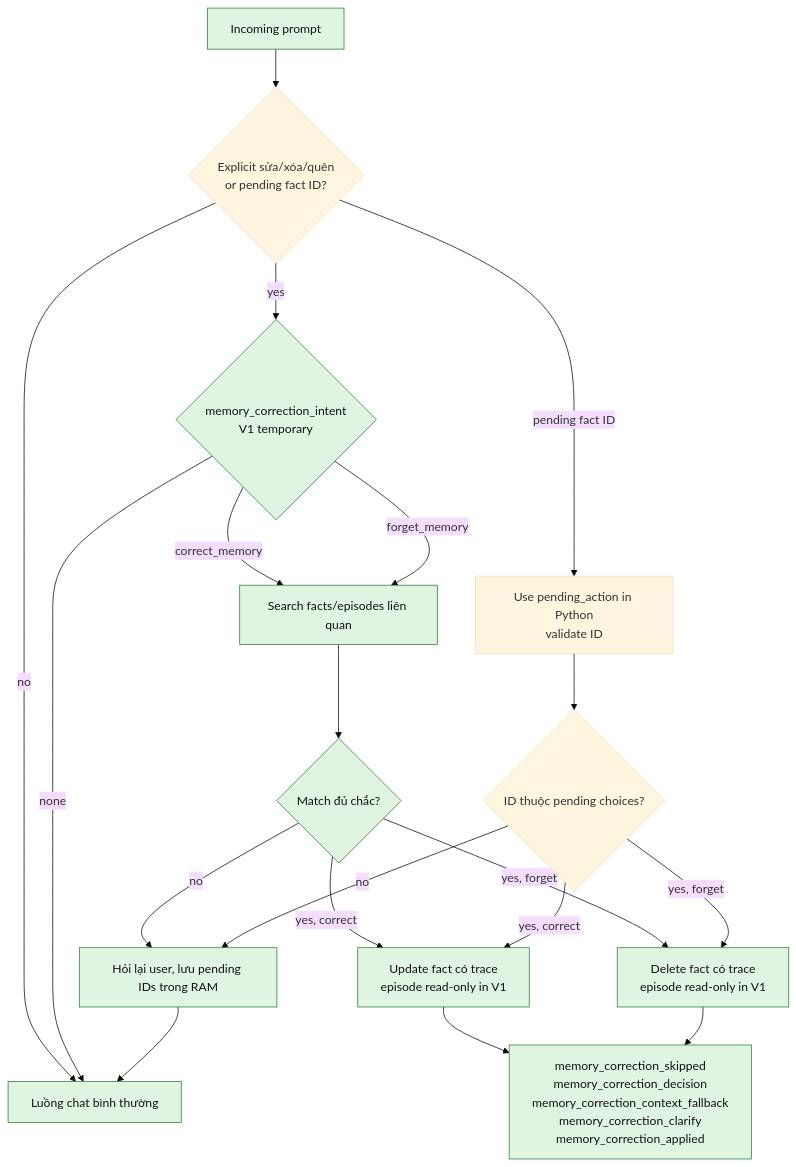
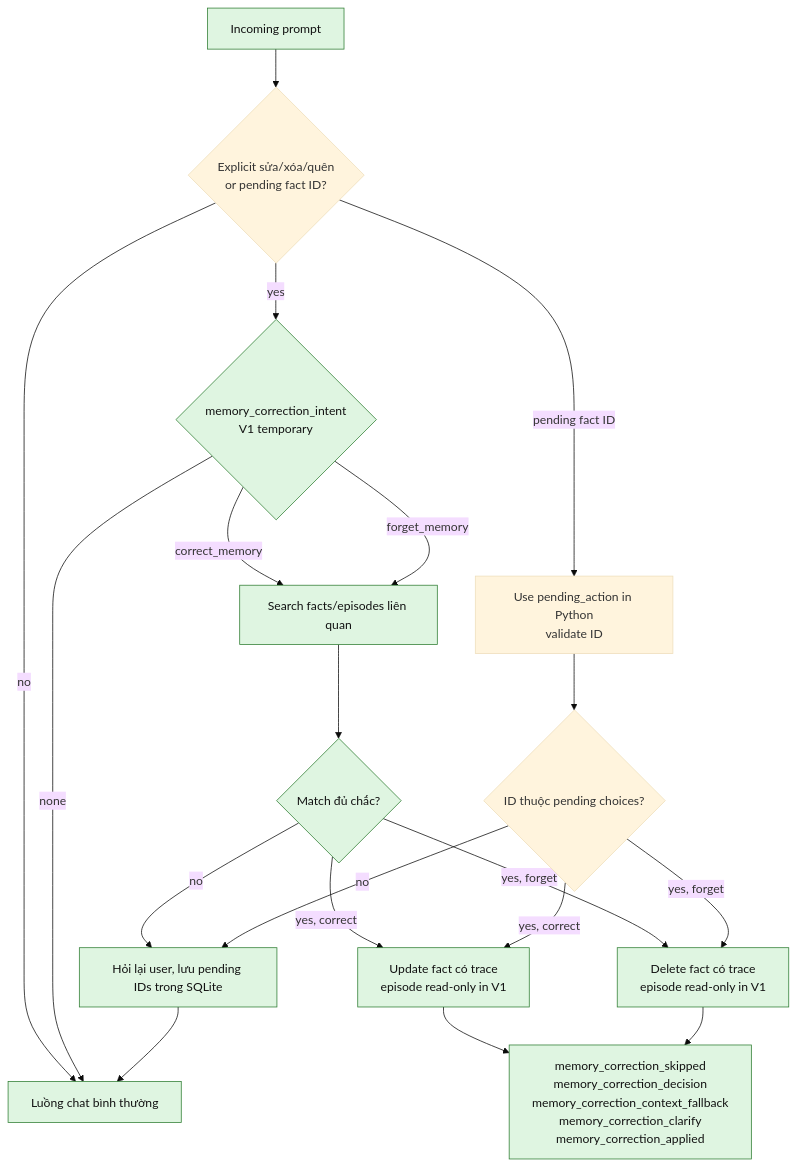
Before and after one commit to LuongAnh1/Niko_Agent: the sixth of 8 diagrams in docs/memory/chat-memory-architecture-flow.md, drawn with Mermaid (base theme). The commit also changed other lines of this file and 10 other files, not shown here.

````diff
--- a/docs/memory/chat-memory-architecture-flow.md
+++ b/docs/memory/chat-memory-architecture-flow.md
@@ -247,28 +247,28 @@
 ```mermaid
 flowchart TB
     Prompt[Incoming prompt] --> Precheck{Explicit sửa/xóa/quên<br/>or pending fact ID?}
     Precheck -->|no| NormalFlow[Luồng chat bình thường]
     Precheck -->|pending fact ID| Pending[Use pending_action in Python<br/>validate ID]
     Precheck -->|yes| Intent{memory_correction_intent<br/>V1 temporary}
     Intent -->|none| NormalFlow[Luồng chat bình thường]
     Intent -->|correct_memory| Search[Search facts/episodes liên quan]
     Intent -->|forget_memory| Search
     Search --> Confidence{Match đủ chắc?}
     Confidence -->|yes, correct| Update[Update fact có trace<br/>episode read-only in V1]
     Confidence -->|yes, forget| Delete[Delete fact có trace<br/>episode read-only in V1]
-    Confidence -->|no| Clarify[Hỏi lại user, lưu pending IDs trong RAM]
+    Confidence -->|no| Clarify[Hỏi lại user, lưu pending IDs trong SQLite]
     Pending --> Validate{ID thuộc pending choices?}
     Validate -->|yes, correct| Update
     Validate -->|yes, forget| Delete
     Validate -->|no| Clarify
 
     Update --> Trace[memory_correction_skipped<br/>memory_correction_decision<br/>memory_correction_context_fallback<br/>memory_correction_clarify<br/>memory_correction_applied]
     Delete --> Trace
     Clarify --> NormalFlow
 
     classDef done fill:#dff5e1,stroke:#2e7d32,color:#111;
     classDef planned fill:#fff4cc,stroke:#b7791f,color:#111;
 
     class NormalFlow done;
     class Prompt,Intent,Search,Confidence,Update,Delete,Clarify,Trace done;
 ```
````
